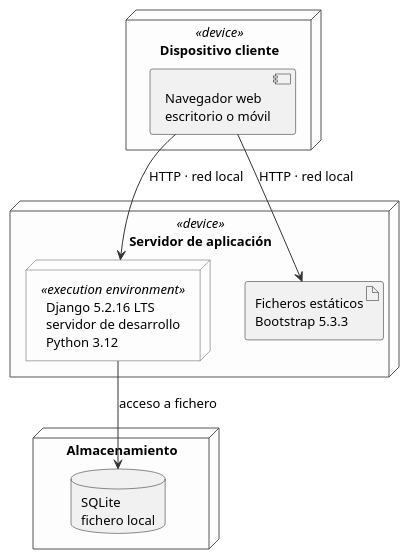
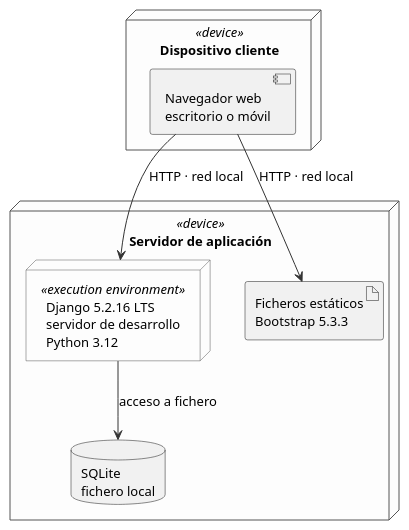
Before and after one commit to socjoseluis/tfb-rd1215: the diagram in assets/diagramas/despliegue.puml, drawn with PlantUML. The commit also changed 9 other files, not shown here.

```diff
--- a/assets/diagramas/despliegue.puml
+++ b/assets/diagramas/despliegue.puml
@@ -1,33 +1,35 @@
 @startuml despliegue
 ' Diagrama de DESPLIEGUE en notación UML (PlantUML).
 ' Transcripción de assets/diagramas/despliegue.mmd: mismos nodos y mismas
 ' comunicaciones definidas por el autor; solo cambia la notación. Los grupos
 ' pasan a ser nodos UML con su estereotipo.
 ' Trazado con Graphviz (dot). Sin Graphviz, descomentar para el motor interno.
 ' !pragma layout smetana
 
 skinparam backgroundColor transparent
 skinparam shadowing false
 skinparam defaultFontSize 13
 skinparam ArrowColor #333333
 skinparam NodeBackgroundColor #FDFDFD
 skinparam NodeBorderColor #555555
 
 node "Dispositivo cliente" <<device>> as cliente {
   [Navegador web\nescritorio o móvil] as navegador
 }
 
 node "Servidor de aplicación" <<device>> as servidor {
   node "Django 5.2.16 LTS\nservidor de desarrollo\nPython 3.12" <<execution environment>> as django
   artifact "Ficheros estáticos\nBootstrap 5.3.3" as estaticos
-}
-
-node "Almacenamiento" as almacenamiento {
+  ' La base de datos va DENTRO del servidor, no en un nodo aparte: SQLite es un
+  ' fichero en el disco de esa misma máquina, no un equipo distinto. Dibujarla
+  ' fuera sugería un tercer nodo de hardware que no existe, y además obligaba a
+  ' la flecha a entrar por el borde superior del nodo, justo donde va su
+  ' rótulo, que quedaba atravesado.
   database "SQLite\nfichero local" as base
 }
 
 navegador --> django : HTTP · red local
 navegador --> estaticos : HTTP · red local
 django --> base : acceso a fichero
 
 @enduml
```
